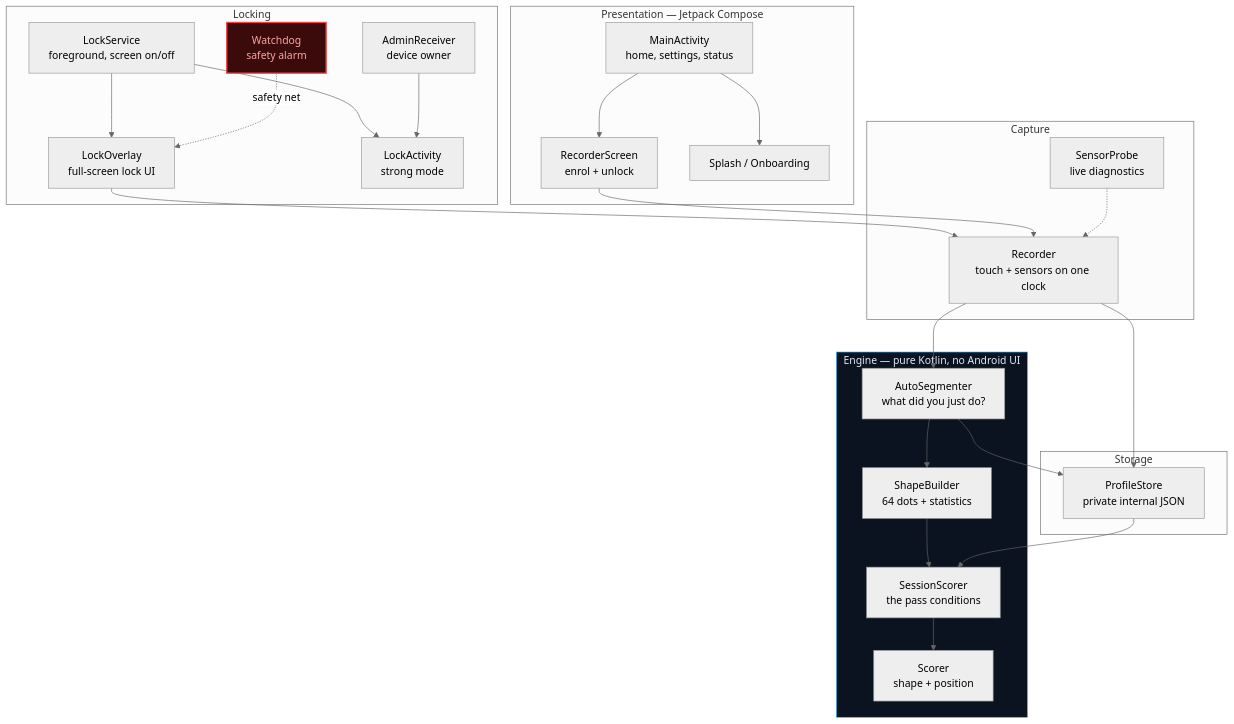
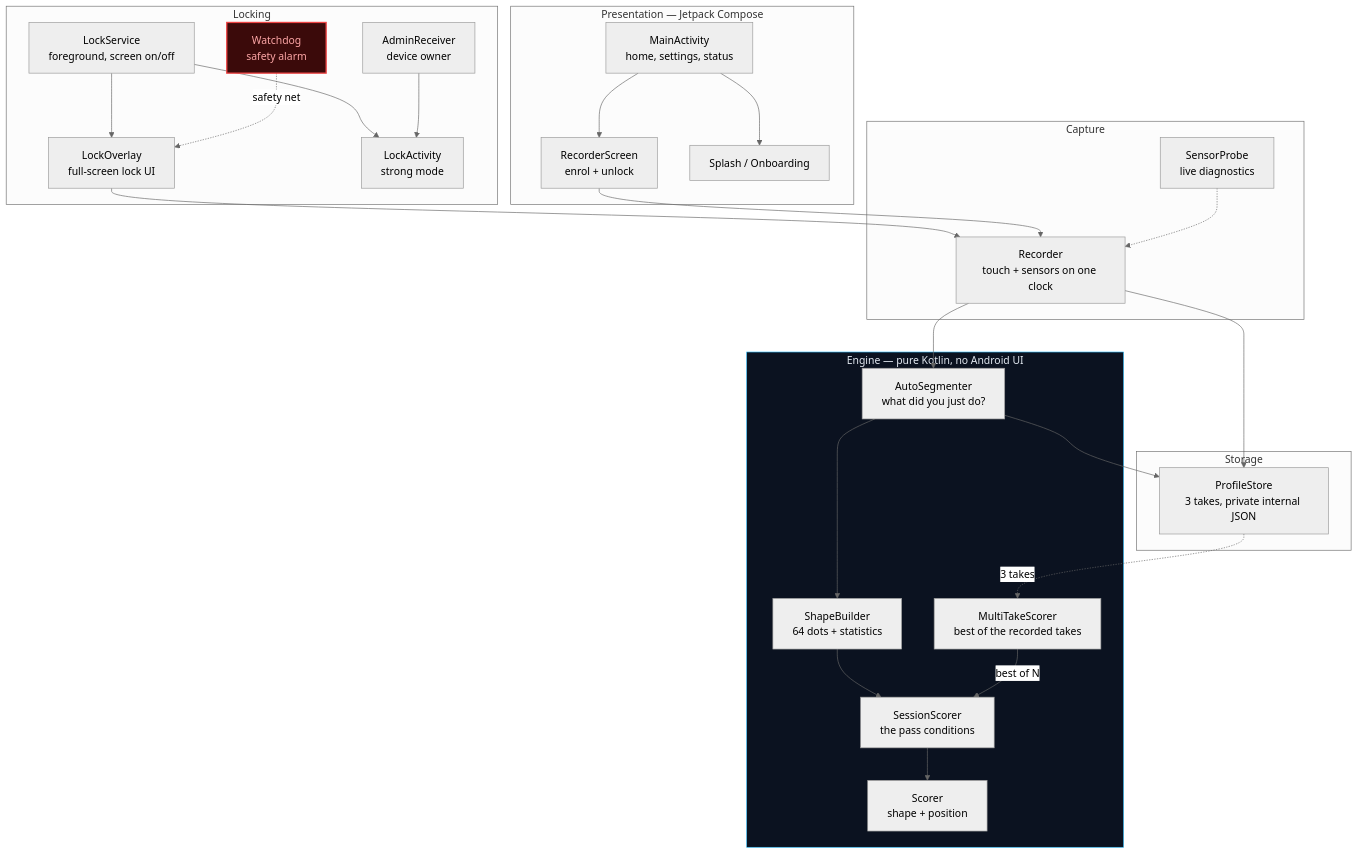
One commit to MITHUNMITS/behavioral-lock changed the second of 12 diagrams in README.md. Above: the diagram before and after it, drawn with Mermaid (neutral theme). The commit also changed other lines of this file, not shown here.

First line of the commit message:
README: multi-take enrolment, and every diagram brought up to date

````diff
--- a/README.md
+++ b/README.md
@@ -76,49 +77,51 @@
 ```mermaid
 flowchart TB
     subgraph UI["Presentation — Jetpack Compose"]
         MA["MainActivity<br/>home, settings, status"]
         RS["RecorderScreen<br/>enrol + unlock"]
         SP["Splash / Onboarding"]
     end
 
     subgraph LOCK["Locking"]
         LS["LockService<br/>foreground, screen on/off"]
         LO["LockOverlay<br/>full-screen lock UI"]
         LA["LockActivity<br/>strong mode"]
         WD["Watchdog<br/>safety alarm"]
         DR["AdminReceiver<br/>device owner"]
     end
 
     subgraph CAPTURE["Capture"]
         REC["Recorder<br/>touch + sensors on one clock"]
         PROBE["SensorProbe<br/>live diagnostics"]
     end
 
     subgraph ENGINE["Engine — pure Kotlin, no Android UI"]
         SEG["AutoSegmenter<br/>what did you just do?"]
         SHAPE["ShapeBuilder<br/>64 dots + statistics"]
+        MT["MultiTakeScorer<br/>best of the recorded takes"]
         SCORE["SessionScorer<br/>the pass conditions"]
         FSCORE["Scorer<br/>shape + position"]
     end
 
     subgraph DATA["Storage"]
-        PS["ProfileStore<br/>private internal JSON"]
+        PS["ProfileStore<br/>3 takes, private internal JSON"]
     end
 
     MA --> RS
     MA --> SP
     LS --> LO
     LS --> LA
     WD -.safety net.-> LO
     DR --> LA
     LO --> REC
     RS --> REC
     PROBE -.-> REC
     REC --> SEG --> SHAPE --> SCORE --> FSCORE
     SEG --> PS
-    PS --> SCORE
+    PS -.3 takes.-> MT
+    MT -->|"best of N"| SCORE
     REC --> PS
 
     style ENGINE fill:#0B1220,color:#E2E8F0,stroke:#38BDF8
     style WD fill:#3B0A0A,color:#FCA5A5,stroke:#EF4444,stroke-width:2px
 ```
````
